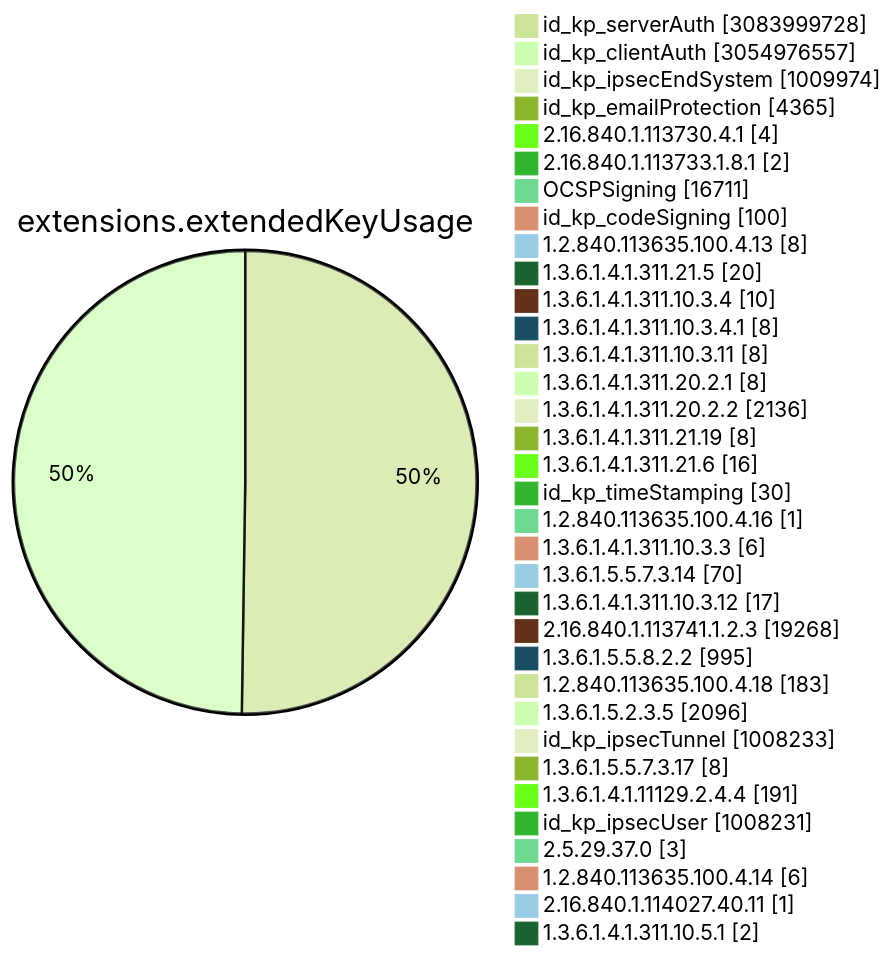
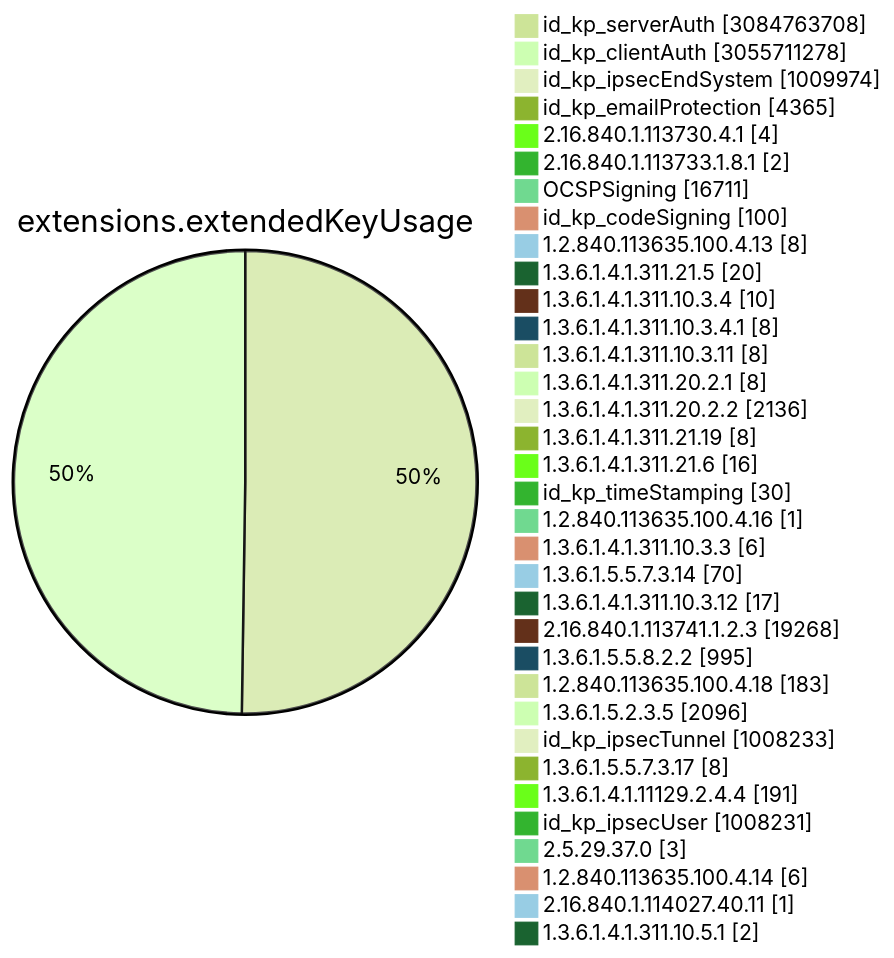
Diagram 11 of 15 in TOTAL/README.md (christiankrug/ctmonitor_visualization), drawn with Mermaid (forest theme) before and after one commit. The commit also changed other lines of this file, not shown here.

````diff
--- a/TOTAL/README.md
+++ b/TOTAL/README.md
@@ -4117,38 +4117,38 @@
 ```mermaid
 pie showData
 title extensions.extendedKeyUsage
-"id_kp_serverAuth" :3083999728
-"id_kp_clientAuth" :3054976557
+"id_kp_serverAuth" :3084763708
+"id_kp_clientAuth" :3055711278
 "id_kp_ipsecEndSystem" :1009974
 "id_kp_emailProtection" :4365
 "2.16.840.1.113730.4.1" :4
 "2.16.840.1.113733.1.8.1" :2
 "OCSPSigning" :16711
 "id_kp_codeSigning" :100
 "1.2.840.113635.100.4.13" :8
 "1.3.6.1.4.1.311.21.5" :20
 "1.3.6.1.4.1.311.10.3.4" :10
 "1.3.6.1.4.1.311.10.3.4.1" :8
 "1.3.6.1.4.1.311.10.3.11" :8
 "1.3.6.1.4.1.311.20.2.1" :8
 "1.3.6.1.4.1.311.20.2.2" :2136
 "1.3.6.1.4.1.311.21.19" :8
 "1.3.6.1.4.1.311.21.6" :16
 "id_kp_timeStamping" :30
 "1.2.840.113635.100.4.16" :1
 "1.3.6.1.4.1.311.10.3.3" :6
 "1.3.6.1.5.5.7.3.14" :70
 "1.3.6.1.4.1.311.10.3.12" :17
 "2.16.840.1.113741.1.2.3" :19268
 "1.3.6.1.5.5.8.2.2" :995
 "1.2.840.113635.100.4.18" :183
 "1.3.6.1.5.2.3.5" :2096
 "id_kp_ipsecTunnel" :1008233
 "1.3.6.1.5.5.7.3.17" :8
 "1.3.6.1.4.1.11129.2.4.4" :191
 "id_kp_ipsecUser" :1008231
 "2.5.29.37.0" :3
 "1.2.840.113635.100.4.14" :6
 "2.16.840.1.114027.40.11" :1
 "1.3.6.1.4.1.311.10.5.1" :2
 ```
````
